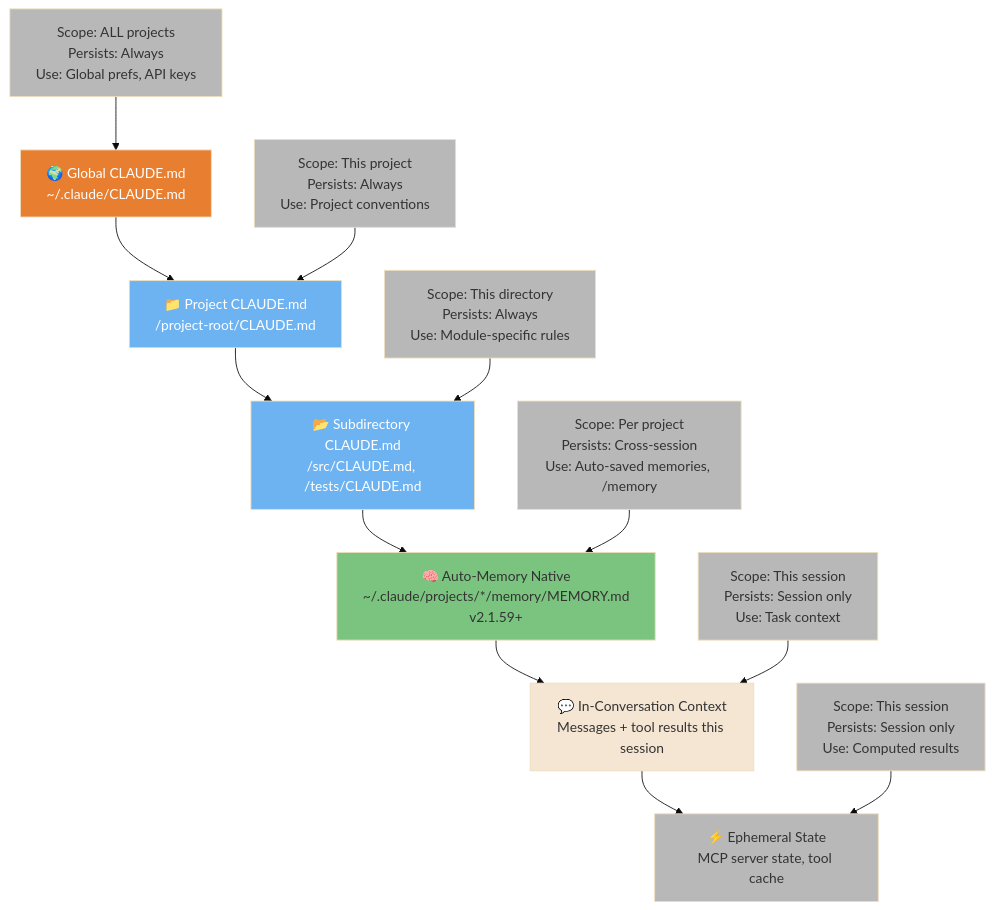
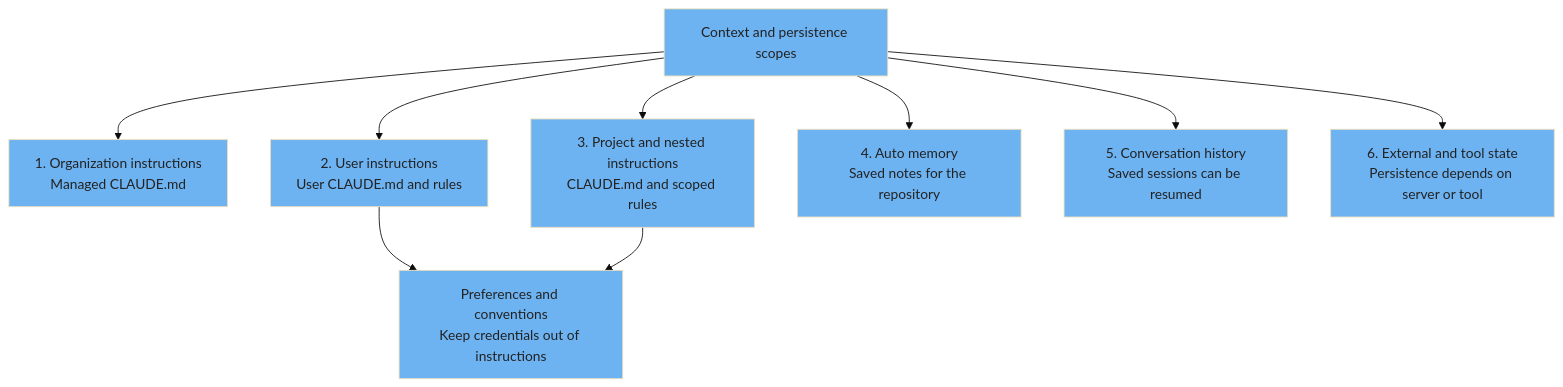
The second of 4 diagrams in guide/diagrams/02-context-and-sessions.md (FlorianBruniaux/claude-code-ultimate-guide), drawn with Mermaid (base theme) before and after one commit. The commit also changed other lines of this file and 17 other files, not shown here.

Commit message:
docs: refresh all diagrams and correct their source guidance

````diff
--- a/guide/diagrams/02-context-and-sessions.md
+++ b/guide/diagrams/02-context-and-sessions.md
@@ -94,41 +55,27 @@
 ```mermaid
 flowchart TD
-    A["🌍 Global CLAUDE.md<br/>~/.claude/CLAUDE.md"] --> B["📁 Project CLAUDE.md<br/>/project-root/CLAUDE.md"]
-    B --> C["📂 Subdirectory CLAUDE.md<br/>/src/CLAUDE.md, /tests/CLAUDE.md"]
-    C --> AM["🧠 Auto-Memory Native<br/>~/.claude/projects/*/memory/MEMORY.md<br/>v2.1.59+"]
-    AM --> D["💬 In-Conversation Context<br/>Messages + tool results this session"]
-    D --> E["⚡ Ephemeral State<br/>MCP server state, tool cache"]
-
-    A1["Scope: ALL projects<br/>Persists: Always<br/>Use: Global prefs, API keys"] --> A
-    B1["Scope: This project<br/>Persists: Always<br/>Use: Project conventions"] --> B
-    C1["Scope: This directory<br/>Persists: Always<br/>Use: Module-specific rules"] --> C
-    AM1["Scope: Per project<br/>Persists: Cross-session<br/>Use: Auto-saved memories, /memory"] --> AM
-    D1["Scope: This session<br/>Persists: Session only<br/>Use: Task context"] --> D
-    E1["Scope: This session<br/>Persists: Session only<br/>Use: Computed results"] --> E
-
-    style A fill:#E87E2F,color:#fff
-    style B fill:#6DB3F2,color:#fff
-    style C fill:#6DB3F2,color:#fff
-    style AM fill:#7BC47F,color:#333
-    style D fill:#F5E6D3,color:#333
-    style E fill:#B8B8B8,color:#333
-    style A1 fill:#B8B8B8,color:#333
-    style B1 fill:#B8B8B8,color:#333
-    style C1 fill:#B8B8B8,color:#333
-    style AM1 fill:#B8B8B8,color:#333
-    style D1 fill:#B8B8B8,color:#333
-    style E1 fill:#B8B8B8,color:#333
-
-    click A href "https://github.com/FlorianBruniaux/claude-code-ultimate-guide/blob/main/guide/core/memory-systems.md#21-claudemd-three-levels" "Global CLAUDE.md"
-    click B href "https://github.com/FlorianBruniaux/claude-code-ultimate-guide/blob/main/guide/core/memory-systems.md#21-claudemd-three-levels" "Project CLAUDE.md"
-    click C href "https://github.com/FlorianBruniaux/claude-code-ultimate-guide/blob/main/guide/core/memory-systems.md#21-claudemd-three-levels" "Subdirectory CLAUDE.md"
-    click AM href "https://github.com/FlorianBruniaux/claude-code-ultimate-guide/blob/main/guide/core/memory-systems.md#22-auto-memory-v21594" "Auto-Memory Native"
-    click D href "https://github.com/FlorianBruniaux/claude-code-ultimate-guide/blob/main/guide/ultimate-guide.md#22-context-management" "In-Conversation Context"
-    click E href "https://github.com/FlorianBruniaux/claude-code-ultimate-guide/blob/main/guide/core/architecture.md#3-context-management-internals" "Ephemeral State"
-    click A1 href "https://github.com/FlorianBruniaux/claude-code-ultimate-guide/blob/main/guide/core/memory-systems.md#21-claudemd-three-levels" "Global scope — always persists"
-    click B1 href "https://github.com/FlorianBruniaux/claude-code-ultimate-guide/blob/main/guide/core/memory-systems.md#21-claudemd-three-levels" "Project scope — always persists"
-    click C1 href "https://github.com/FlorianBruniaux/claude-code-ultimate-guide/blob/main/guide/core/memory-systems.md#21-claudemd-three-levels" "Directory scope — always persists"
-    click AM1 href "https://github.com/FlorianBruniaux/claude-code-ultimate-guide/blob/main/guide/core/memory-systems.md#22-auto-memory-v21594" "Cross-session auto-memory"
-    click D1 href "https://github.com/FlorianBruniaux/claude-code-ultimate-guide/blob/main/guide/ultimate-guide.md#22-context-management" "Session scope only"
-    click E1 href "https://github.com/FlorianBruniaux/claude-code-ultimate-guide/blob/main/guide/core/architecture.md#3-context-management-internals" "Session scope only"
+    ROOT[Context and persistence scopes] --> M[1. Organization instructions<br/>Managed CLAUDE.md]
+    ROOT --> U[2. User instructions<br/>User CLAUDE.md and rules]
+    ROOT --> P[3. Project and nested instructions<br/>CLAUDE.md and scoped rules]
+    ROOT --> AM[4. Auto memory<br/>Saved notes for the repository]
+    ROOT --> C[5. Conversation history<br/>Saved sessions can be resumed]
+    ROOT --> EXT[6. External and tool state<br/>Persistence depends on server or tool]
+    U --> SAFE[Preferences and conventions<br/>Keep credentials out of instructions]
+    P --> SAFE
+    style ROOT fill:#6DB3F2,color:#222
+    click ROOT href "https://github.com/FlorianBruniaux/claude-code-ultimate-guide/blob/main/guide/ultimate-guide.md#31-memory-files-claudemd" "Memory files"
+    style M fill:#6DB3F2,color:#222
+    click M href "https://github.com/FlorianBruniaux/claude-code-ultimate-guide/blob/main/guide/ultimate-guide.md#31-memory-files-claudemd" "Memory files"
+    style U fill:#6DB3F2,color:#222
+    click U href "https://github.com/FlorianBruniaux/claude-code-ultimate-guide/blob/main/guide/ultimate-guide.md#31-memory-files-claudemd" "Memory files"
+    style P fill:#6DB3F2,color:#222
+    click P href "https://github.com/FlorianBruniaux/claude-code-ultimate-guide/blob/main/guide/ultimate-guide.md#31-memory-files-claudemd" "Memory files"
+    style AM fill:#6DB3F2,color:#222
+    click AM href "https://github.com/FlorianBruniaux/claude-code-ultimate-guide/blob/main/guide/ultimate-guide.md#31-memory-files-claudemd" "Memory files"
+    style C fill:#6DB3F2,color:#222
+    click C href "https://github.com/FlorianBruniaux/claude-code-ultimate-guide/blob/main/guide/ultimate-guide.md#31-memory-files-claudemd" "Memory files"
+    style EXT fill:#6DB3F2,color:#222
+    click EXT href "https://github.com/FlorianBruniaux/claude-code-ultimate-guide/blob/main/guide/ultimate-guide.md#31-memory-files-claudemd" "Memory files"
+    style SAFE fill:#6DB3F2,color:#222
+    click SAFE href "https://github.com/FlorianBruniaux/claude-code-ultimate-guide/blob/main/guide/ultimate-guide.md#31-memory-files-claudemd" "Memory files"
 ```
````
